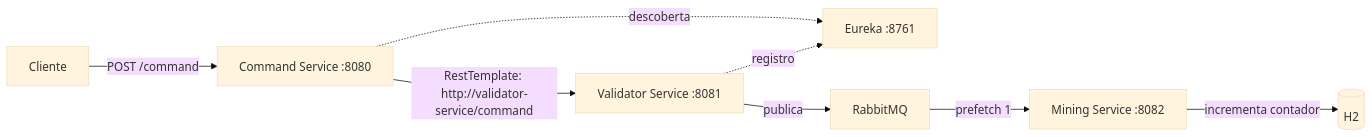
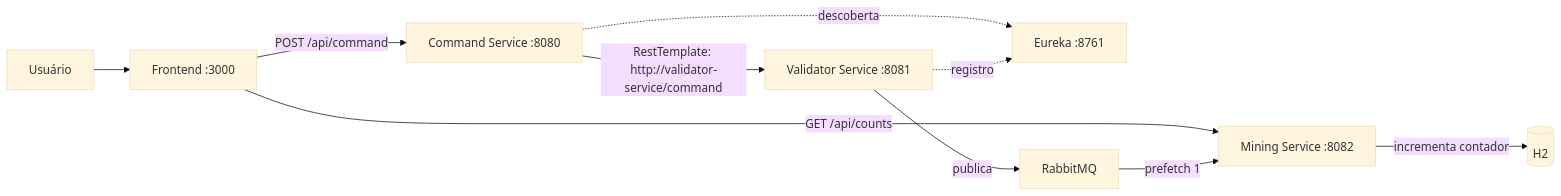
One commit to RuralGiovane/Projeto-Ruby-Space-Mining changed the diagram in README.md. Above: the diagram before and after it, drawn with Mermaid (base theme). The commit also changed other lines of this file and 1 other file, not shown here.

````diff
--- a/README.md
+++ b/README.md
@@ -17,10 +15,12 @@
 ```mermaid
 flowchart LR
-    Client[Cliente] -->|POST /command| Command[Command Service :8080]
+    Client[Usuário] --> Frontend[Frontend :3000]
+    Frontend -->|POST /api/command| Command[Command Service :8080]
+    Frontend -->|GET /api/counts| Mining[Mining Service :8082]
     Command -->|RestTemplate: http://validator-service/command| Validator[Validator Service :8081]
     Command -. descoberta .-> Eureka[Eureka :8761]
     Validator -. registro .-> Eureka
     Validator -->|publica| Rabbit[RabbitMQ]
-    Rabbit -->|prefetch 1| Mining[Mining Service :8082]
+    Rabbit -->|prefetch 1| Mining
     Mining -->|incrementa contador| DB[(H2)]
 ```
````
